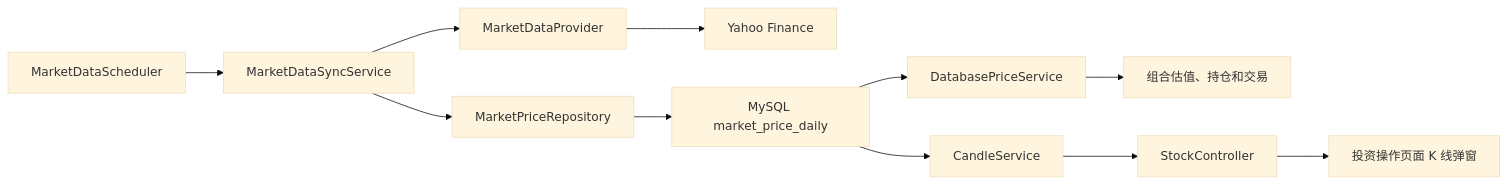
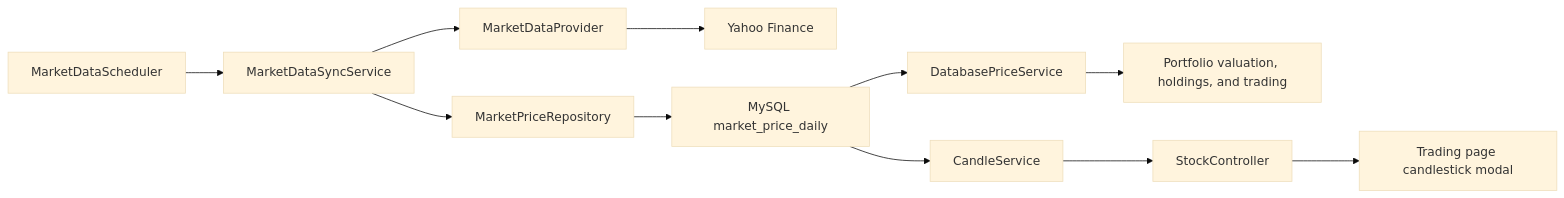
Before and after one commit to Neueda-Learning/Spark: the diagram in docs/yahoo-market-data-weekly-candles-plan.md, drawn with Mermaid (base theme). The commit also changed other lines of this file and 9 other files, not shown here.

````diff
--- a/docs/yahoo-market-data-weekly-candles-plan.md
+++ b/docs/yahoo-market-data-weekly-candles-plan.md
@@ -102,13 +102,13 @@
 ```mermaid
 flowchart LR
     Scheduler["MarketDataScheduler"] --> Sync["MarketDataSyncService"]
     Sync --> Provider["MarketDataProvider"]
     Provider --> Yahoo["Yahoo Finance"]
     Sync --> Repository["MarketPriceRepository"]
     Repository --> Database["MySQL market_price_daily"]
     Database --> DbPrice["DatabasePriceService"]
     Database --> Candle["CandleService"]
-    DbPrice --> Portfolio["组合估值、持仓和交易"]
+    DbPrice --> Portfolio["Portfolio valuation, holdings, and trading"]
     Candle --> Controller["StockController"]
-    Controller --> Frontend["投资操作页面 K 线弹窗"]
+    Controller --> Frontend["Trading page candlestick modal"]
 ```
````
